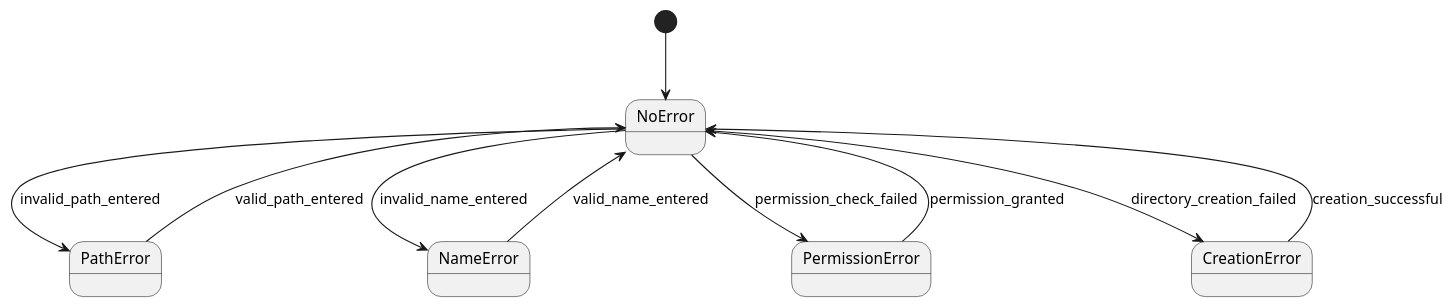
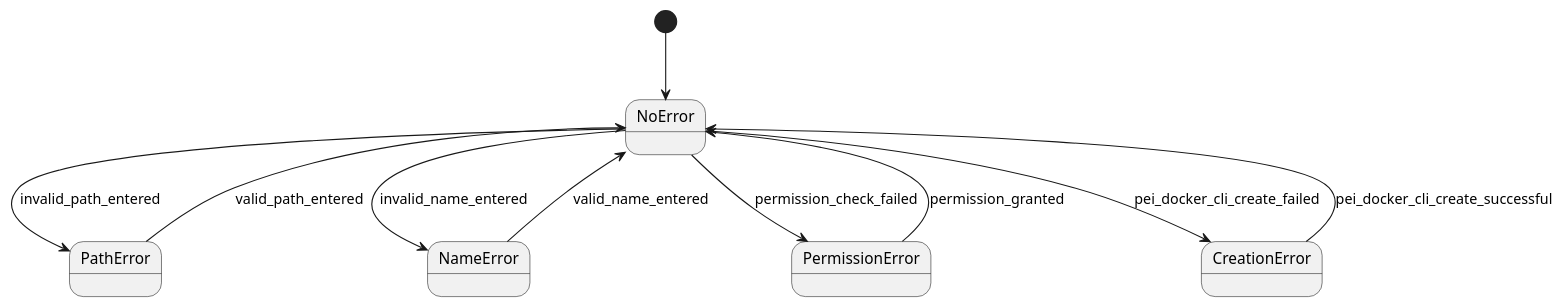
The fifth of 5 diagrams in context/plans/gui/screens/sc-1/project-directory-selection-screen-spec.md (igamenovoer/PeiDocker), drawn with PlantUML before and after one commit. The commit also changed other lines of this file and 5 other files, not shown here.

````diff
--- a/context/plans/gui/screens/sc-1/project-directory-selection-screen-spec.md
+++ b/context/plans/gui/screens/sc-1/project-directory-selection-screen-spec.md
@@ -281,14 +322,14 @@
 ```plantuml
 @startuml
 [*] --> NoError
 NoError --> PathError : invalid_path_entered
 NoError --> NameError : invalid_name_entered
 NoError --> PermissionError : permission_check_failed
-NoError --> CreationError : directory_creation_failed
+NoError --> CreationError : pei_docker_cli_create_failed
 
 PathError --> NoError : valid_path_entered
 NameError --> NoError : valid_name_entered
 PermissionError --> NoError : permission_granted
-CreationError --> NoError : creation_successful
+CreationError --> NoError : pei_docker_cli_create_successful
 @enduml
 ```
````
